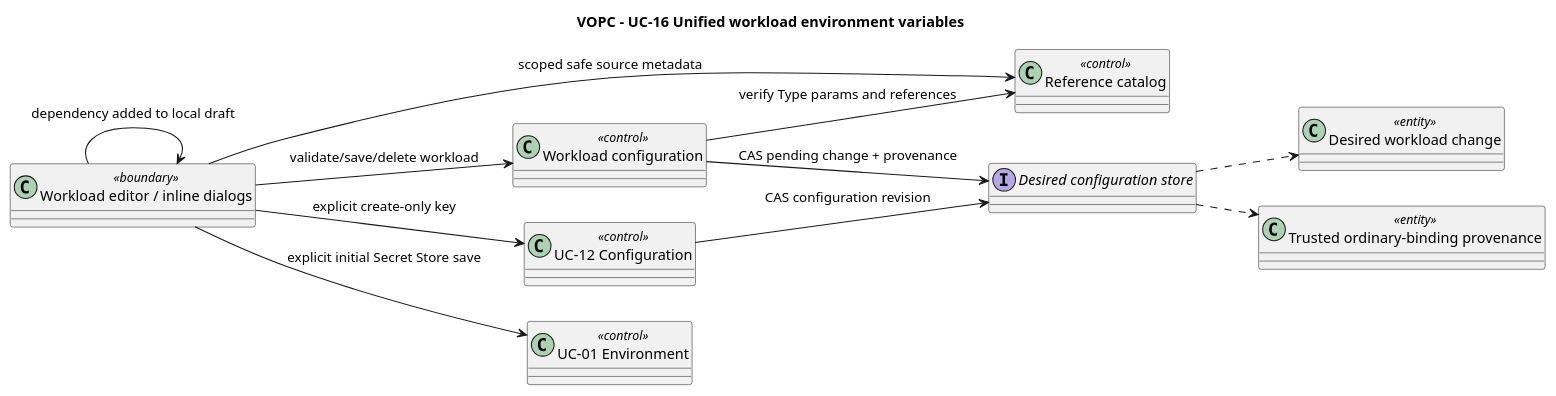
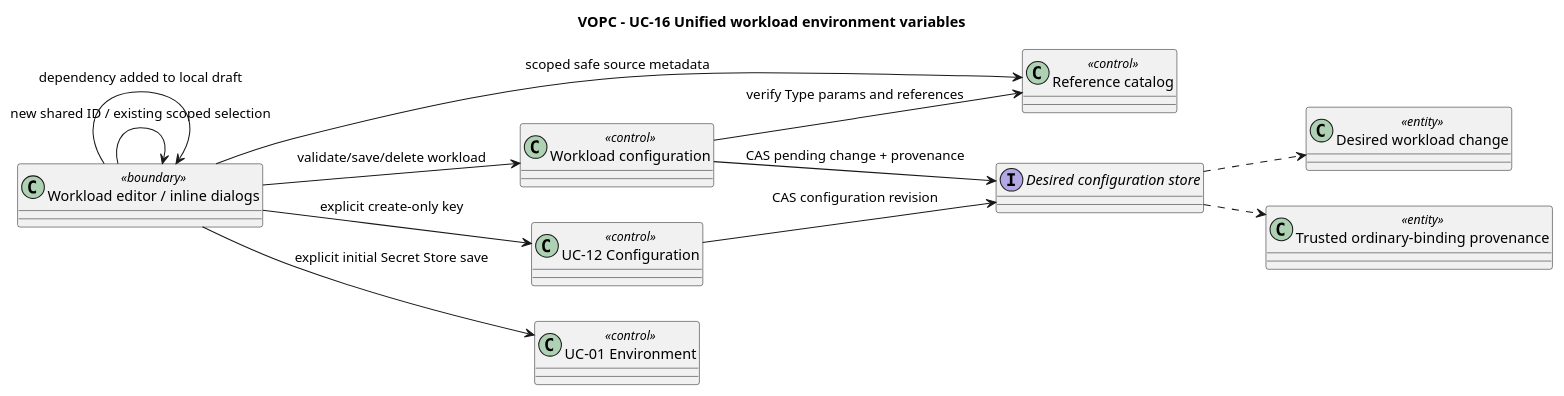
Before and after one commit to pr3s3nt/poc: the diagram in orchestrator_docs/usecase/UC-16/vopc.puml, drawn with PlantUML. The commit also changed 29 other files, not shown here.

Commit message:
feat: default workload resources to shared with scoped reuse picker

```diff
--- a/orchestrator_docs/usecase/UC-16/vopc.puml
+++ b/orchestrator_docs/usecase/UC-16/vopc.puml
@@ -1,23 +1,24 @@
 @startuml
 title VOPC - UC-16 Unified workload environment variables
 left to right direction
 skinparam classAttributeIconSize 0
 class "Workload editor / inline dialogs" as UI <<boundary>>
 class "Workload configuration" as Config <<control>>
 class "Reference catalog" as Catalog <<control>>
 class "UC-12 Configuration" as Keys <<control>>
 class "UC-01 Environment" as Env <<control>>
 class "Desired workload change" as Change <<entity>>
 class "Trusted ordinary-binding provenance" as Provenance <<entity>>
 interface "Desired configuration store" as Store
 UI --> Catalog : scoped safe source metadata
 UI --> Keys : explicit create-only key
 UI --> Env : explicit initial Secret Store save
+UI --> UI : new shared ID / existing scoped selection
 UI --> UI : dependency added to local draft
 UI --> Config : validate/save/delete workload
 Keys --> Store : CAS configuration revision
 Config --> Catalog : verify Type params and references
 Config --> Store : CAS pending change + provenance
 Store ..> Change
 Store ..> Provenance
 @enduml
```
